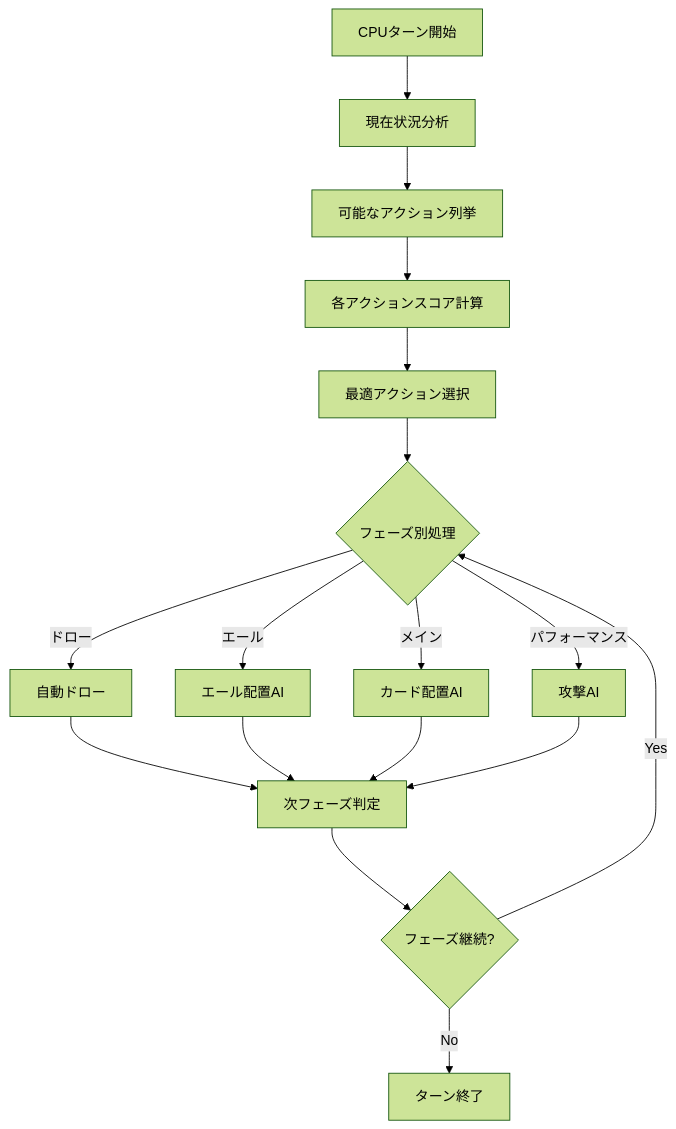
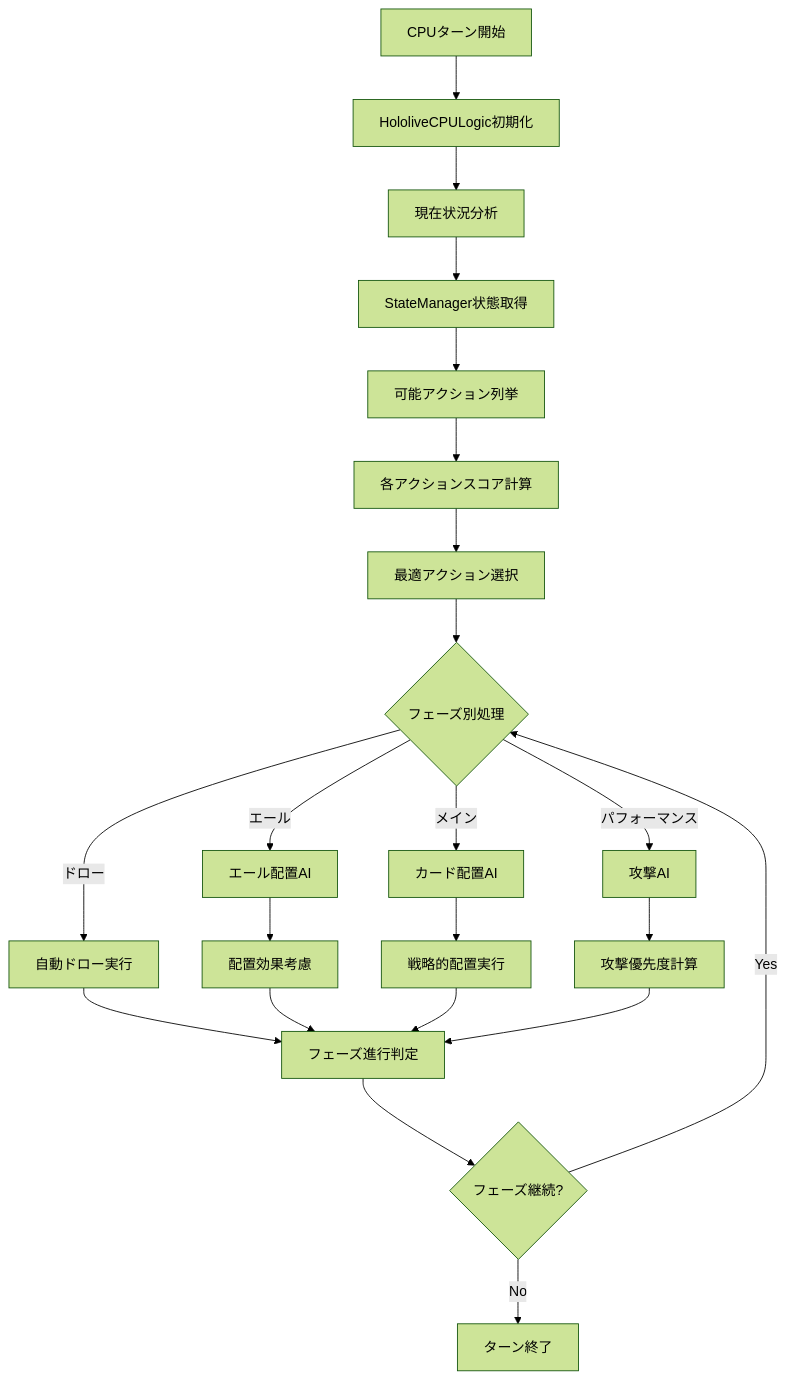
One commit to ikachan-desuyo/hololive_card_list_check changed diagram 11 of 21 in battle_simulator/docs/STATE_FLOW.md. Above: the diagram before and after it, drawn with Mermaid (forest theme). The commit also changed other lines of this file and 10 other files, not shown here.

````diff
--- a/battle_simulator/docs/STATE_FLOW.md
+++ b/battle_simulator/docs/STATE_FLOW.md
@@ -134,19 +206,24 @@
 ```mermaid
 flowchart TD
-    A[CPUターン開始] --> B[現在状況分析]
-    B --> C[可能なアクション列挙]
-    C --> D[各アクションスコア計算]
-    D --> E[最適アクション選択]
-    E --> F{フェーズ別処理}
-    F -->|ドロー| G[自動ドロー]
-    F -->|エール| H[エール配置AI]
-    F -->|メイン| I[カード配置AI]
-    F -->|パフォーマンス| J[攻撃AI]
-    G --> K[次フェーズ判定]
-    H --> K
-    I --> K
-    J --> K
-    K --> L{フェーズ継続?}
-    L -->|Yes| F
-    L -->|No| M[ターン終了]
+    A[CPUターン開始] --> B[HololiveCPULogic初期化]
+    B --> C[現在状況分析]
+    C --> D[StateManager状態取得]
+    D --> E[可能アクション列挙]
+    E --> F[各アクションスコア計算]
+    F --> G[最適アクション選択]
+    G --> H{フェーズ別処理}
+    H -->|ドロー| I[自動ドロー実行]
+    H -->|エール| J[エール配置AI]
+    H -->|メイン| K[カード配置AI]
+    H -->|パフォーマンス| L[攻撃AI]
+    I --> M[フェーズ進行判定]
+    J --> N[配置効果考慮]
+    K --> O[戦略的配置実行]
+    L --> P[攻撃優先度計算]
+    N --> M
+    O --> M
+    P --> M
+    M --> Q{フェーズ継続?}
+    Q -->|Yes| H
+    Q -->|No| R[ターン終了]
 ```
````
